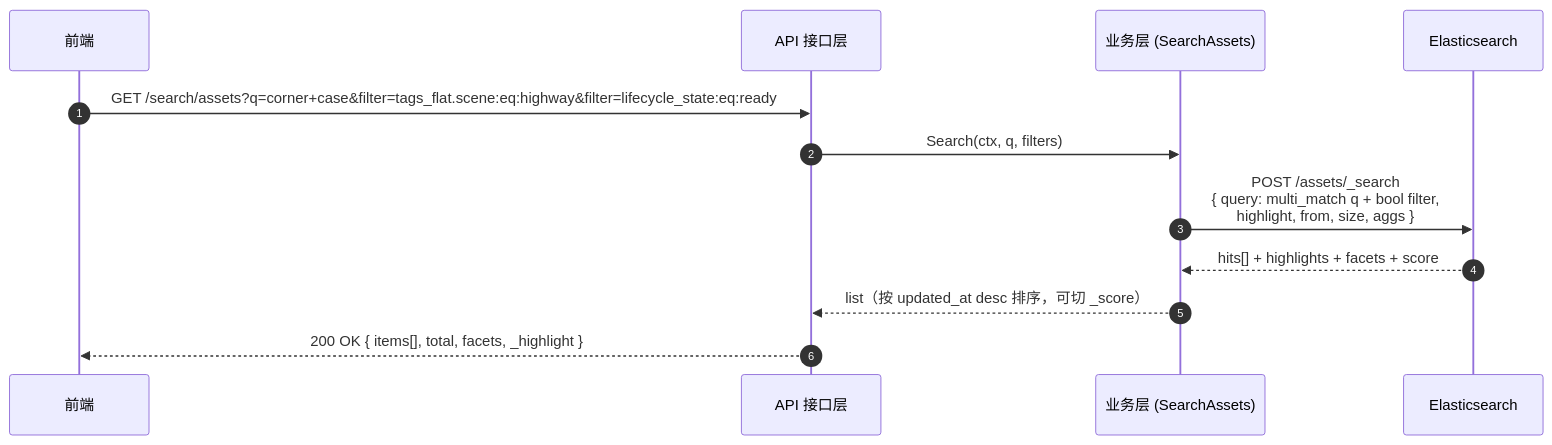
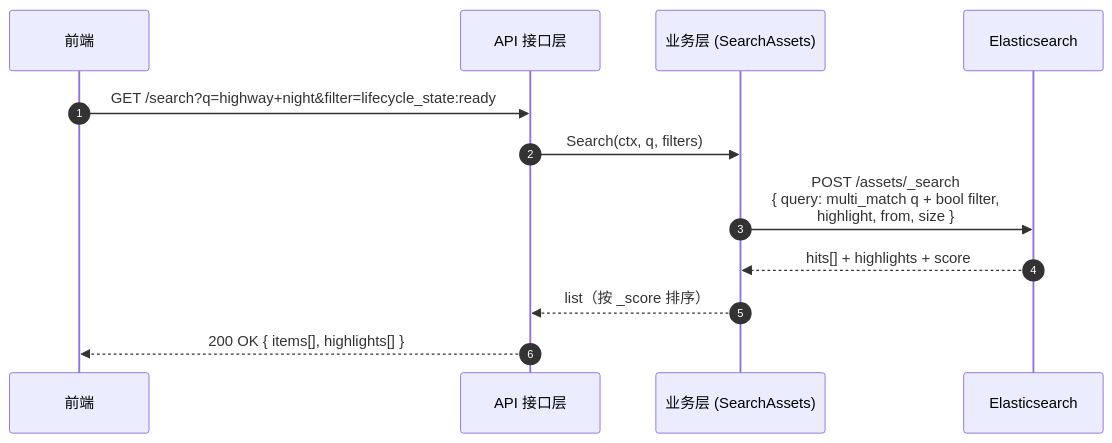
The ninth of 24 diagrams in docs/review/data-platform-design.md (rouse2617/Databricks4robot), drawn with Mermaid before and after one commit. The commit also changed other lines of this file and 2 other files, not shown here.

````diff
--- a/docs/review/data-platform-design.md
+++ b/docs/review/data-platform-design.md
@@ -799,15 +804,15 @@
 ```mermaid
 sequenceDiagram
     autonumber
     participant FE as 前端
     participant API as API 接口层
     participant UC as 业务层 (SearchAssets)
     participant ES as Elasticsearch
 
-    FE->>API: GET /search/assets?q=corner+case&filter=tags_flat.scene:eq:highway&filter=lifecycle_state:eq:ready
+    FE->>API: GET /search?q=highway+night&filter=lifecycle_state:ready
     API->>UC: Search(ctx, q, filters)
-    UC->>ES: POST /assets/_search<br>{ query: multi_match q + bool filter,<br>  highlight, from, size, aggs }
-    ES-->>UC: hits[] + highlights + facets + score
-    UC-->>API: list（按 updated_at desc 排序，可切 _score）
-    API-->>FE: 200 OK { items[], total, facets, _highlight }
+    UC->>ES: POST /assets/_search<br>{ query: multi_match q + bool filter,<br>  highlight, from, size }
+    ES-->>UC: hits[] + highlights + score
+    UC-->>API: list（按 _score 排序）
+    API-->>FE: 200 OK { items[], highlights[] }
 ```
````
